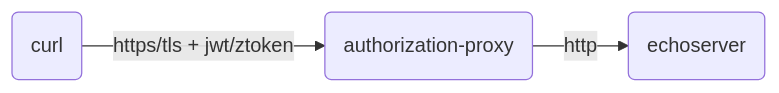
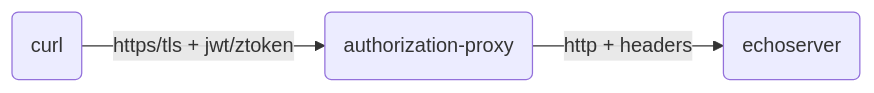
One commit to ctyano/athenz-distribution changed the seventh of 17 diagrams in docs/ENVOY.md. Above: the diagram before and after it, drawn with Mermaid. The commit also changed other lines of this file and 5 other files, not shown here.

````diff
--- a/docs/ENVOY.md
+++ b/docs/ENVOY.md
@@ -117,4 +117,4 @@
 ```mermaid
 flowchart LR
-A(curl) -->|https/tls + jwt/ztoken| B(authorization-proxy) -->|http| C(echoserver)
+A(curl) -->|https/tls + jwt/ztoken| B(authorization-proxy) -->|http + headers| C(echoserver)
 ```
````
